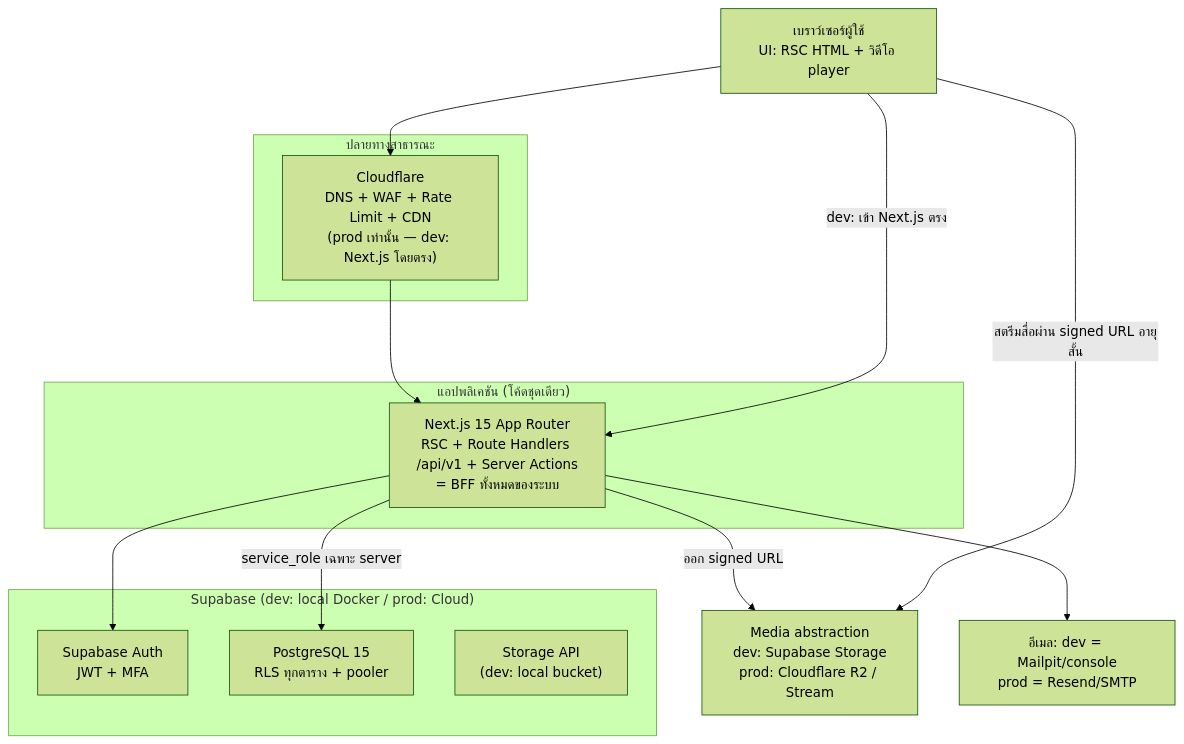
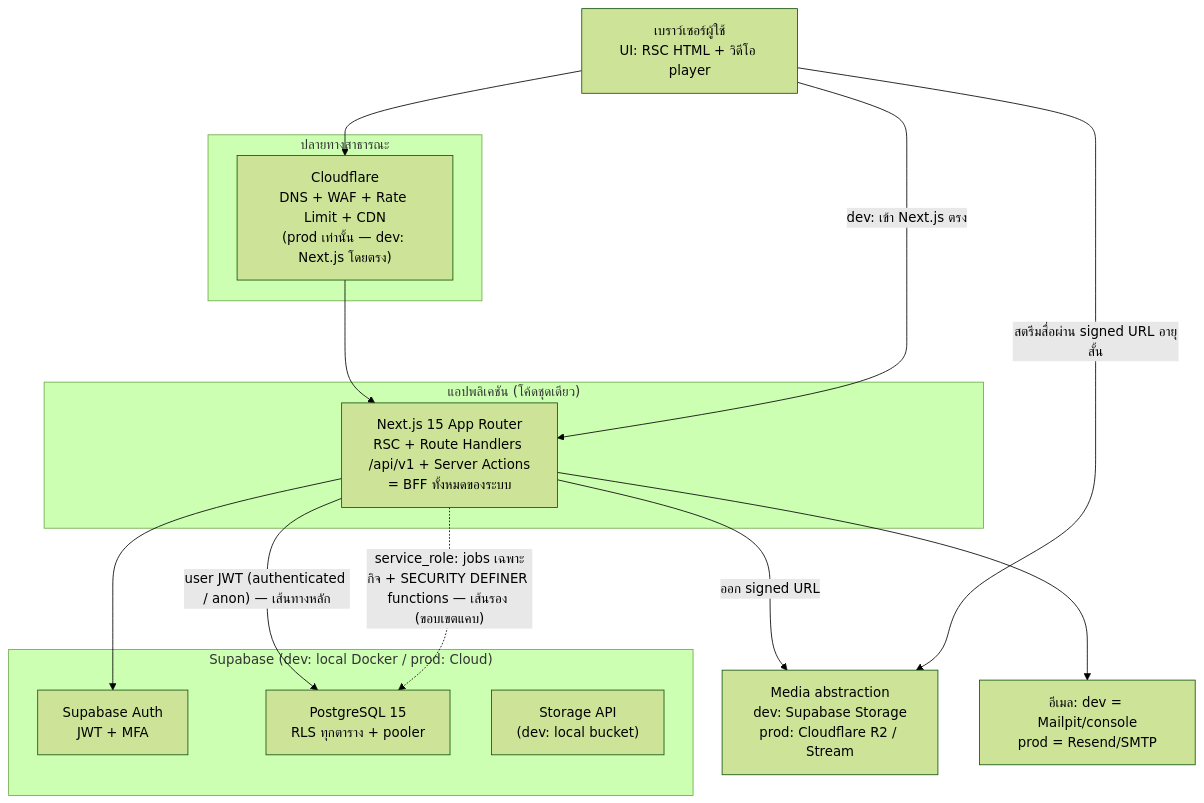
Before and after one commit to narongsak-sukma/E-Leaning-LTC: the second of 10 diagrams in docs/03-design/ARCHITECTURE.md, drawn with Mermaid (forest theme). The commit also changed other lines of this file and 6 other files, not shown here.

````diff
--- a/docs/03-design/ARCHITECTURE.md
+++ b/docs/03-design/ARCHITECTURE.md
@@ -37,30 +37,31 @@
 ```mermaid
 flowchart TB
     Browser["เบราว์เซอร์ผู้ใช้<br/>UI: RSC HTML + วิดีโอ player"]
 
     subgraph EDGE["ปลายทางสาธารณะ"]
         CF["Cloudflare<br/>DNS + WAF + Rate Limit + CDN<br/>(prod เท่านั้น — dev: Next.js โดยตรง)"]
     end
 
     subgraph APP["แอปพลิเคชัน (โค้ดชุดเดียว)"]
         NEXT["Next.js 15 App Router<br/>RSC + Route Handlers /api/v1 + Server Actions<br/>= BFF ทั้งหมดของระบบ"]
     end
 
     subgraph SUPA["Supabase (dev: local Docker / prod: Cloud)"]
         AUTH["Supabase Auth<br/>JWT + MFA"]
         PG["PostgreSQL 15<br/>RLS ทุกตาราง + pooler"]
         STG["Storage API<br/>(dev: local bucket)"]
     end
 
     MEDIA["Media abstraction<br/>dev: Supabase Storage<br/>prod: Cloudflare R2 / Stream"]
     MAIL["อีเมล: dev = Mailpit/console<br/>prod = Resend/SMTP"]
 
     Browser --> CF
     CF --> NEXT
     Browser -->|"dev: เข้า Next.js ตรง"| NEXT
-    NEXT -->|"service_role เฉพาะ server"| PG
+    NEXT -->|"user JWT (authenticated / anon) — เส้นทางหลัก"| PG
+    NEXT -.->|"service_role: jobs เฉพาะกิจ + SECURITY DEFINER functions — เส้นรอง (ขอบเขตแคบ)"| PG
     NEXT --> AUTH
     NEXT -->|"ออก signed URL"| MEDIA
     NEXT --> MAIL
     Browser -->|"สตรีมสื่อผ่าน signed URL อายุสั้น"| MEDIA
 ```
````
